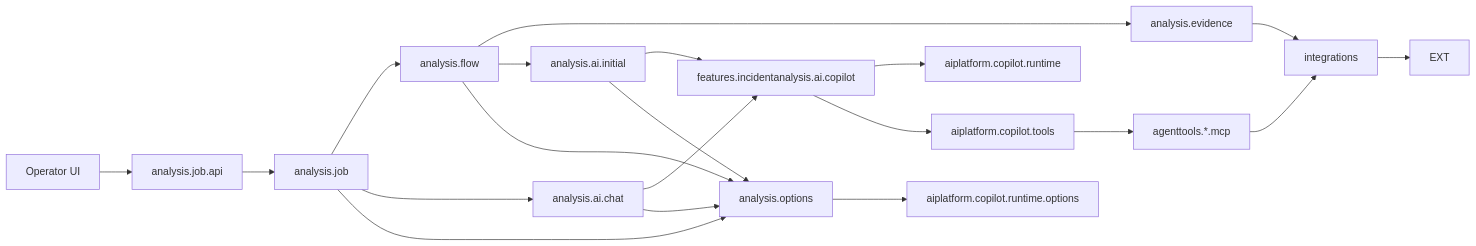
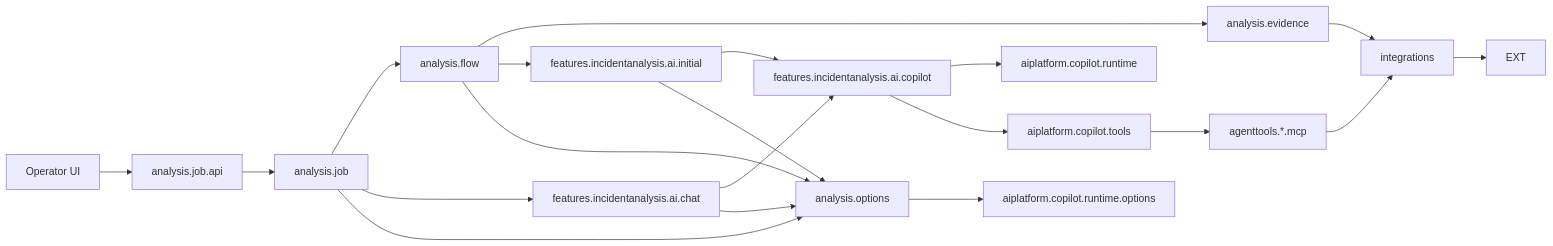
Before and after one commit to herald-assistant/incident-tracker: the first of 2 diagrams in docs/architecture/05-package-dependencies.md, drawn with Mermaid. The commit also changed other lines of this file and 66 other files, not shown here.

````diff
--- a/docs/architecture/05-package-dependencies.md
+++ b/docs/architecture/05-package-dependencies.md
@@ -88,26 +89,26 @@
 ```mermaid
 flowchart LR
     OP["Operator UI"] --> JOBAPI["analysis.job.api"]
     JOBAPI --> JOB["analysis.job"]
     JOB --> FLOW["analysis.flow"]
 
     FLOW --> EVIDENCE["analysis.evidence"]
     EVIDENCE --> INTEGRATIONS["integrations"]
     INTEGRATIONS --> EXT
 
-    FLOW --> INITIAL["analysis.ai.initial"]
+    FLOW --> INITIAL["features.incidentanalysis.ai.initial"]
     INITIAL --> INCIDENTCOPILOT["features.incidentanalysis.ai.copilot"]
     INCIDENTCOPILOT --> AIPLATFORM["aiplatform.copilot.runtime"]
     INCIDENTCOPILOT --> TOOLS["aiplatform.copilot.tools"]
     TOOLS --> MCP["agenttools.*.mcp"]
     MCP --> INTEGRATIONS
 
     JOB --> CHAT
-    CHAT["analysis.ai.chat"] --> INCIDENTCOPILOT
+    CHAT["features.incidentanalysis.ai.chat"] --> INCIDENTCOPILOT
 
     JOB --> OPTIONS["analysis.options"]
     FLOW --> OPTIONS
     INITIAL --> OPTIONS
     CHAT --> OPTIONS
     OPTIONS --> PLATFORMOPTIONS["aiplatform.copilot.runtime.options"]
 ```
````
